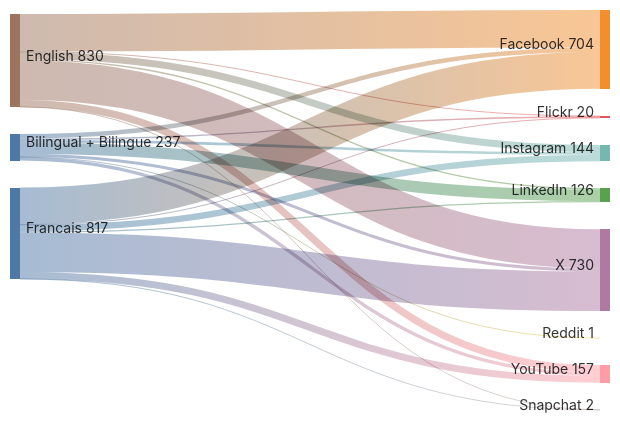
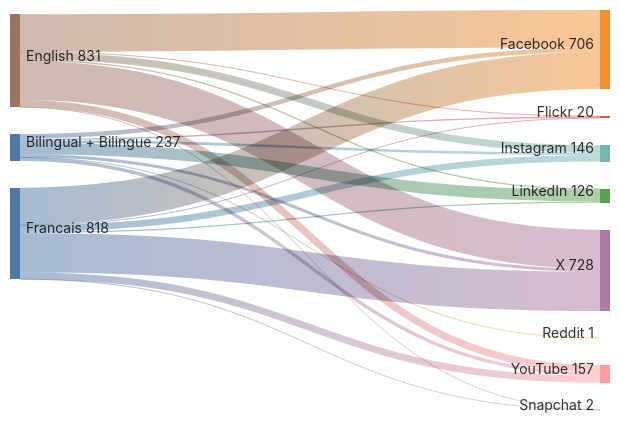
Before and after one commit to PatLittle/GC-Socials: the first of 6 diagrams in README.md, drawn with Mermaid. The commit also changed other lines of this file, not shown here.

Commit message:
Update README with Platform Distribution pie chart

````diff
--- a/README.md
+++ b/README.md
@@ -19,24 +19,24 @@
 ```mermaid
 sankey-beta
   Bilingual + Bilingue,Facebook,40
   Bilingual + Bilingue,Flickr,13
   Bilingual + Bilingue,Instagram,23
   Bilingual + Bilingue,LinkedIn,103
   Bilingual + Bilingue,Reddit,1
   Bilingual + Bilingue,X,27
   Bilingual + Bilingue,YouTube,30
-  English,Facebook,334
+  English,Facebook,335
   English,Flickr,4
-  English,Instagram,63
+  English,Instagram,64
   English,LinkedIn,12
   English,Snapchat,1
-  English,X,351
+  English,X,350
   English,YouTube,65
-  Francais,Facebook,330
+  Francais,Facebook,331
   Francais,Flickr,3
-  Francais,Instagram,58
+  Francais,Instagram,59
   Francais,LinkedIn,11
   Francais,Snapchat,1
-  Francais,X,352
+  Francais,X,351
   Francais,YouTube,62
 ```
````
